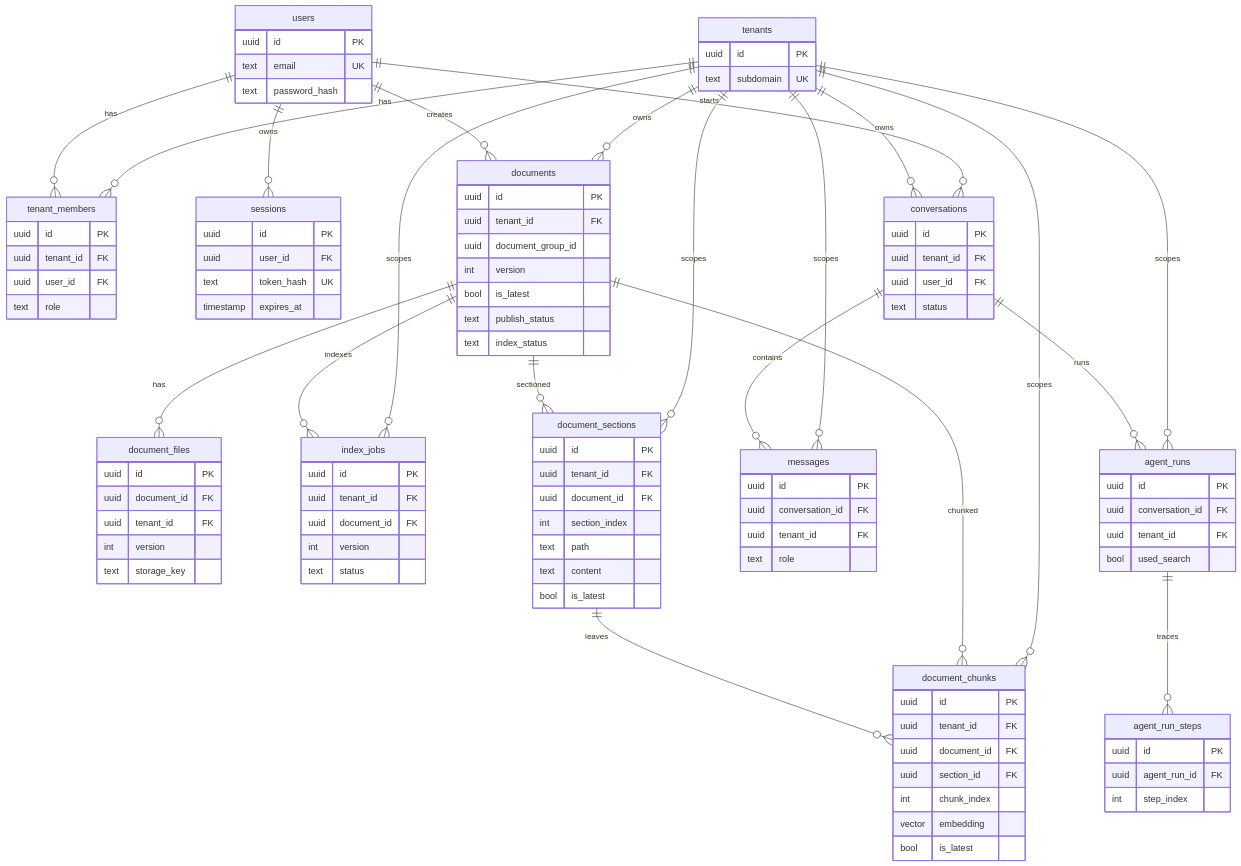
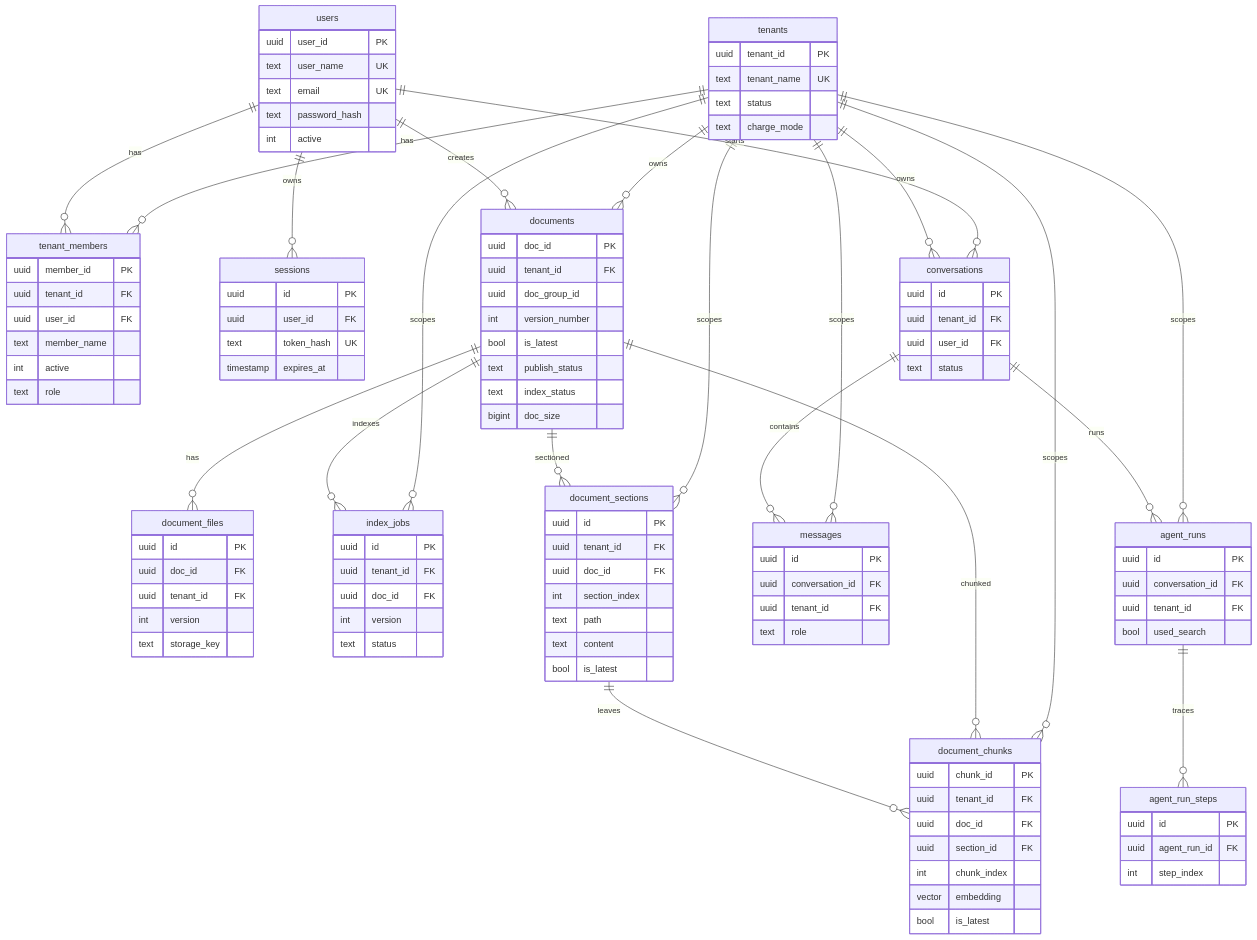
The diagram in docs/specs/phase1/02-data-model.md (zmisi/rag-as-service), drawn with Mermaid before and after one commit. The commit also changed other lines of this file and 61 other files, not shown here.

```diff
--- a/docs/specs/phase1/02-data-model.md
+++ b/docs/specs/phase1/02-data-model.md
@@ -73,18 +75,24 @@
   agent_runs ||--o{ agent_run_steps : traces
 
   users {
-    uuid id PK
+    uuid user_id PK
+    text user_name UK
     text email UK
     text password_hash
+    int active
   }
   tenants {
-    uuid id PK
-    text subdomain UK
+    uuid tenant_id PK
+    text tenant_name UK
+    text status
+    text charge_mode
   }
   tenant_members {
-    uuid id PK
+    uuid member_id PK
     uuid tenant_id FK
     uuid user_id FK
+    text member_name
+    int active
     text role
   }
   sessions {
@@ -94,17 +102,18 @@
     timestamp expires_at
   }
   documents {
-    uuid id PK
+    uuid doc_id PK
     uuid tenant_id FK
-    uuid document_group_id
-    int version
+    uuid doc_group_id
+    int version_number
     bool is_latest
     text publish_status
     text index_status
+    bigint doc_size
   }
   document_files {
     uuid id PK
-    uuid document_id FK
+    uuid doc_id FK
     uuid tenant_id FK
     int version
     text storage_key
@@ -112,23 +121,23 @@
   index_jobs {
     uuid id PK
     uuid tenant_id FK
-    uuid document_id FK
+    uuid doc_id FK
     int version
     text status
   }
   document_sections {
     uuid id PK
     uuid tenant_id FK
-    uuid document_id FK
+    uuid doc_id FK
     int section_index
     text path
     text content
     bool is_latest
   }
   document_chunks {
-    uuid id PK
+    uuid chunk_id PK
     uuid tenant_id FK
-    uuid document_id FK
+    uuid doc_id FK
     uuid section_id FK
     int chunk_index
     vector embedding
```
